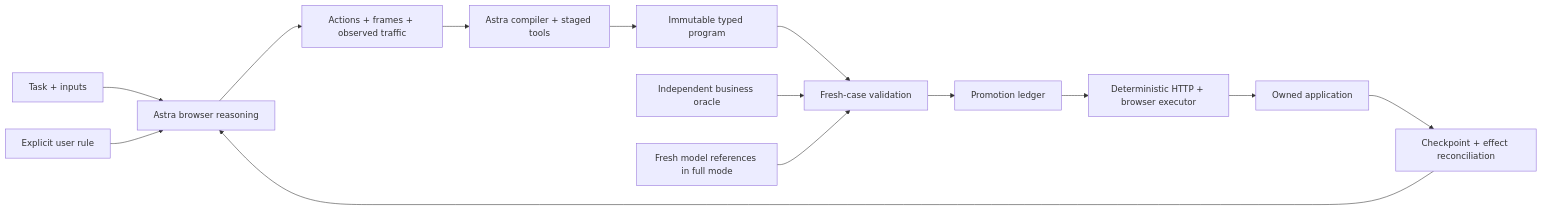
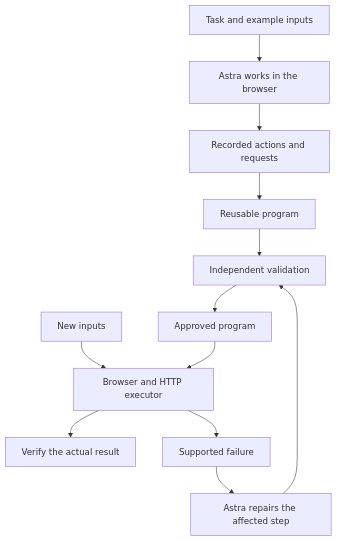
The diagram in README.md (poudelsubhan/myelin), drawn with Mermaid before and after one commit. The commit also changed other lines of this file, not shown here.

Commit message:
Simplify README and explain Astra workflows

````diff
--- a/README.md
+++ b/README.md
@@ -104,16 +27,14 @@
 ```mermaid
-flowchart LR
-  Task[Task + inputs] --> Astra[Astra browser reasoning]
-  Steer[Explicit user rule] --> Astra
-  Astra --> Trace[Actions + frames + observed traffic]
-  Trace --> Compiler[Astra compiler + staged tools]
-  Compiler --> Candidate[Immutable typed program]
-  Candidate --> Gate[Fresh-case validation]
-  Oracle[Independent business oracle] --> Gate
-  References[Fresh model references in full mode] --> Gate
-  Gate --> Ledger[Promotion ledger]
-  Ledger --> Executor[Deterministic HTTP + browser executor]
-  Executor --> App[Owned application]
-  App --> Repair[Checkpoint + effect reconciliation]
-  Repair --> Astra
+flowchart TD
+    Task[Task and example inputs] --> Astra[Astra works in the browser]
+    Astra --> Record[Recorded actions and requests]
+    Record --> Program[Reusable program]
+    Program --> Checks[Independent validation]
+    Checks --> Saved[Approved program]
+    Inputs[New inputs] --> Run[Browser and HTTP executor]
+    Saved --> Run
+    Run --> Result[Verify the actual result]
+    Run --> Failure[Supported failure]
+    Failure --> Repair[Astra repairs the affected step]
+    Repair --> Checks
 ```
````
